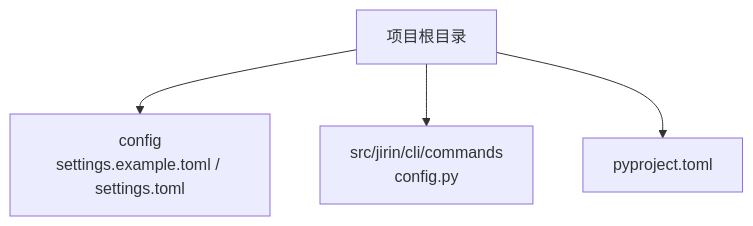
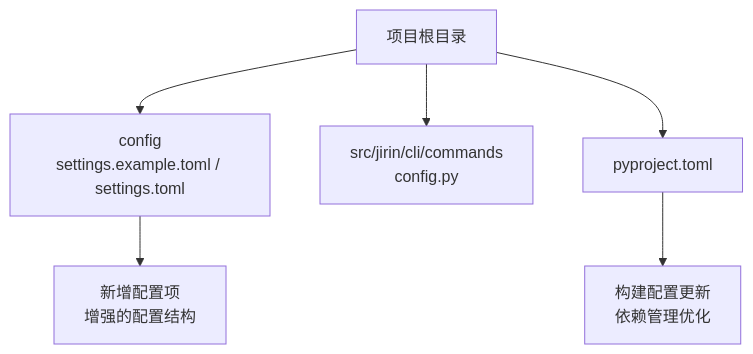
Before and after one commit to PengFan001/Jirin: the first of 3 diagrams in .qoder/repowiki/zh/content/配置管理.md, drawn with Mermaid. The commit also changed other lines of this file and 37 other files, not shown here.

````diff
--- a/.qoder/repowiki/zh/content/配置管理.md
+++ b/.qoder/repowiki/zh/content/配置管理.md
@@ -32,6 +42,8 @@
 ```mermaid
 graph TB
 A["项目根目录"] --> B["config<br/>settings.example.toml / settings.toml"]
 A --> C["src/jirin/cli/commands<br/>config.py"]
 A --> D["pyproject.toml"]
+B --> E["新增配置项<br/>增强的配置结构"]
+D --> F["构建配置更新<br/>依赖管理优化"]
 ```
````
